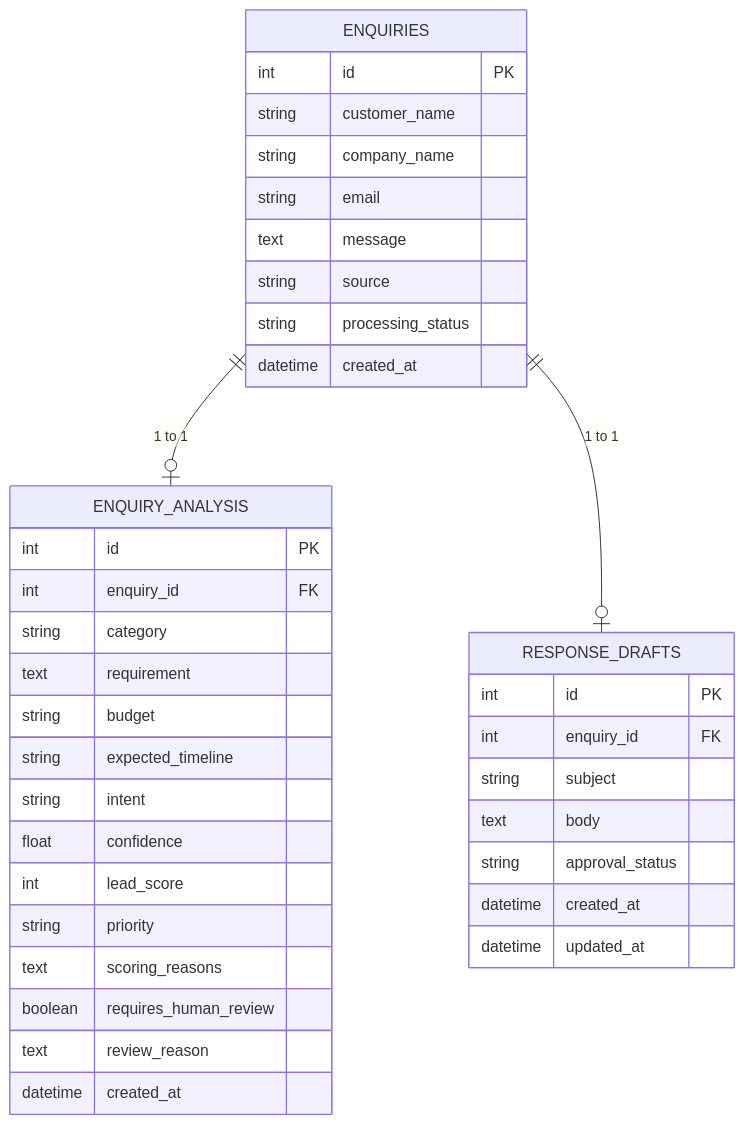
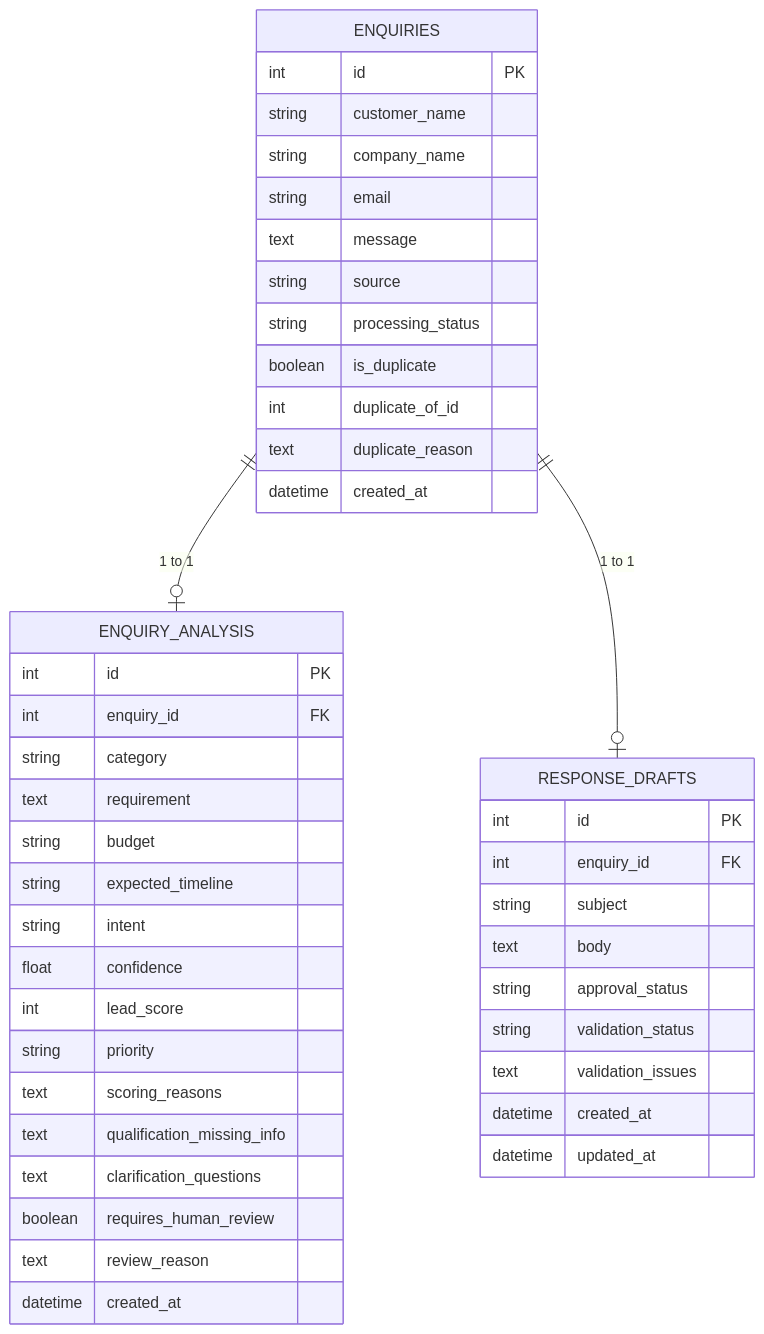
One commit to niranjansakthi/AI_enquiry_system changed the third of 3 diagrams in README.md. Above: the diagram before and after it, drawn with Mermaid. The commit also changed other lines of this file and 23 other files, not shown here.

````diff
--- a/README.md
+++ b/README.md
@@ -125,43 +136,50 @@
 ```mermaid
 erDiagram
     ENQUIRIES ||--o| ENQUIRY_ANALYSIS : "1 to 1"
     ENQUIRIES ||--o| RESPONSE_DRAFTS : "1 to 1"
 
     ENQUIRIES {
         int id PK
         string customer_name
         string company_name
         string email
         text message
         string source
         string processing_status
+        boolean is_duplicate
+        int duplicate_of_id
+        text duplicate_reason
         datetime created_at
     }
 
     ENQUIRY_ANALYSIS {
         int id PK
         int enquiry_id FK
         string category
         text requirement
         string budget
         string expected_timeline
         string intent
         float confidence
         int lead_score
         string priority
         text scoring_reasons
+        text qualification_missing_info
+        text clarification_questions
         boolean requires_human_review
         text review_reason
         datetime created_at
     }
 
     RESPONSE_DRAFTS {
         int id PK
         int enquiry_id FK
         string subject
         text body
         string approval_status
+        string validation_status
+        text validation_issues
         datetime created_at
         datetime updated_at
     }
 ```
````
